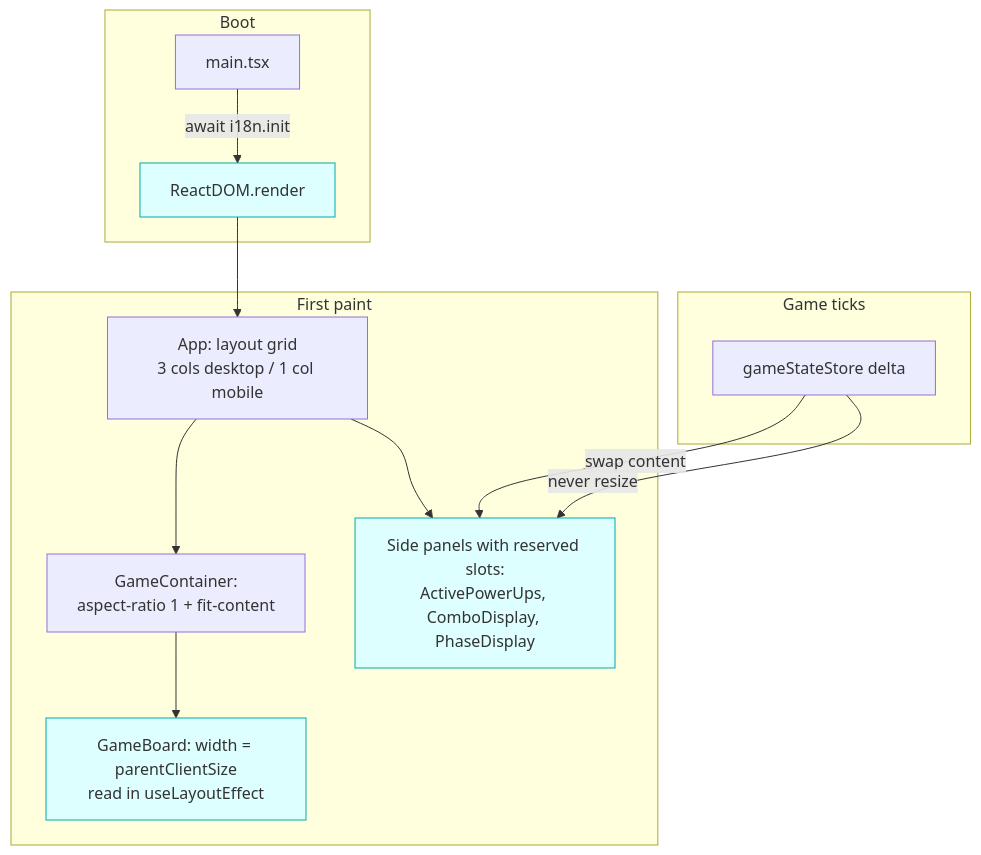
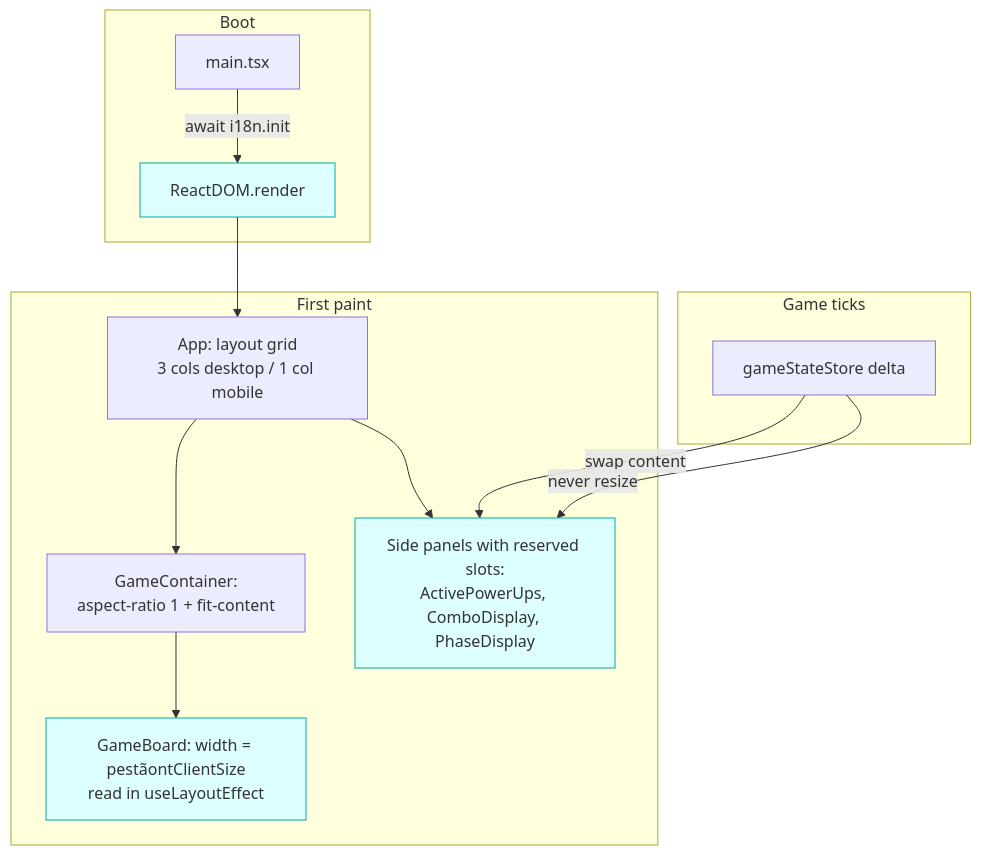
Before and after one commit to rafaeljfec2/connexto-snakegame-funny: the diagram in docs/SDD/specs/REF-05-cumulative-layout-shift.md, drawn with Mermaid. The commit also changed other lines of this file and 50 other files, not shown here.

````diff
--- a/docs/SDD/specs/REF-05-cumulative-layout-shift.md
+++ b/docs/SDD/specs/REF-05-cumulative-layout-shift.md
@@ -55,22 +55,22 @@
 ```mermaid
 flowchart TD
   subgraph Boot
     A[main.tsx] -->|await i18n.init| B[ReactDOM.render]
   end
 
   subgraph First paint
     B --> C[App: layout grid<br/>3 cols desktop / 1 col mobile]
     C --> D[GameContainer:<br/>aspect-ratio 1 + fit-content]
-    D --> E[GameBoard: width = parentClientSize<br/>read in useLayoutEffect]
+    D --> E[GameBoard: width = pestãontClientSize<br/>read in useLayoutEffect]
     C --> F[Side panels with reserved slots:<br/>ActivePowerUps, ComboDisplay, PhaseDisplay]
   end
 
   subgraph Game ticks
     G[gameStateStore delta] -->|swap content| F
     G -->|never resize| F
   end
 
   style E fill:#dff,stroke:#0aa
   style F fill:#dff,stroke:#0aa
   style B fill:#dff,stroke:#0aa
 ```
````
